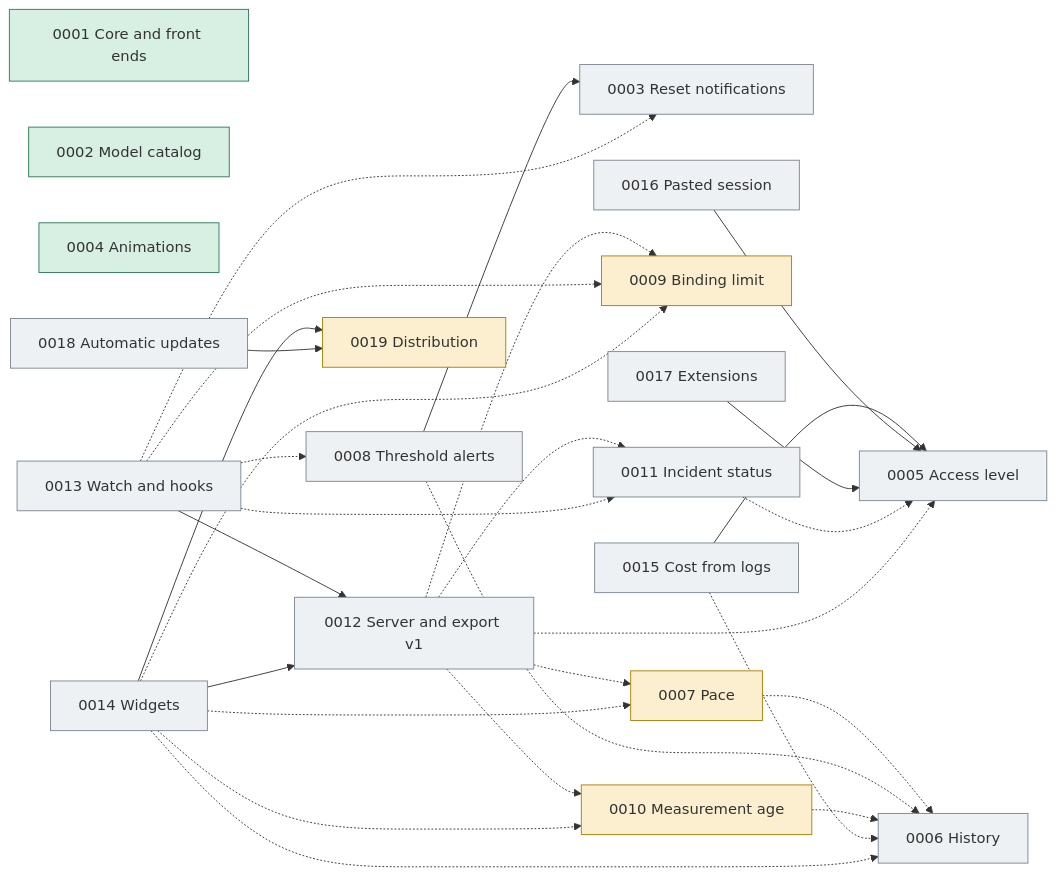
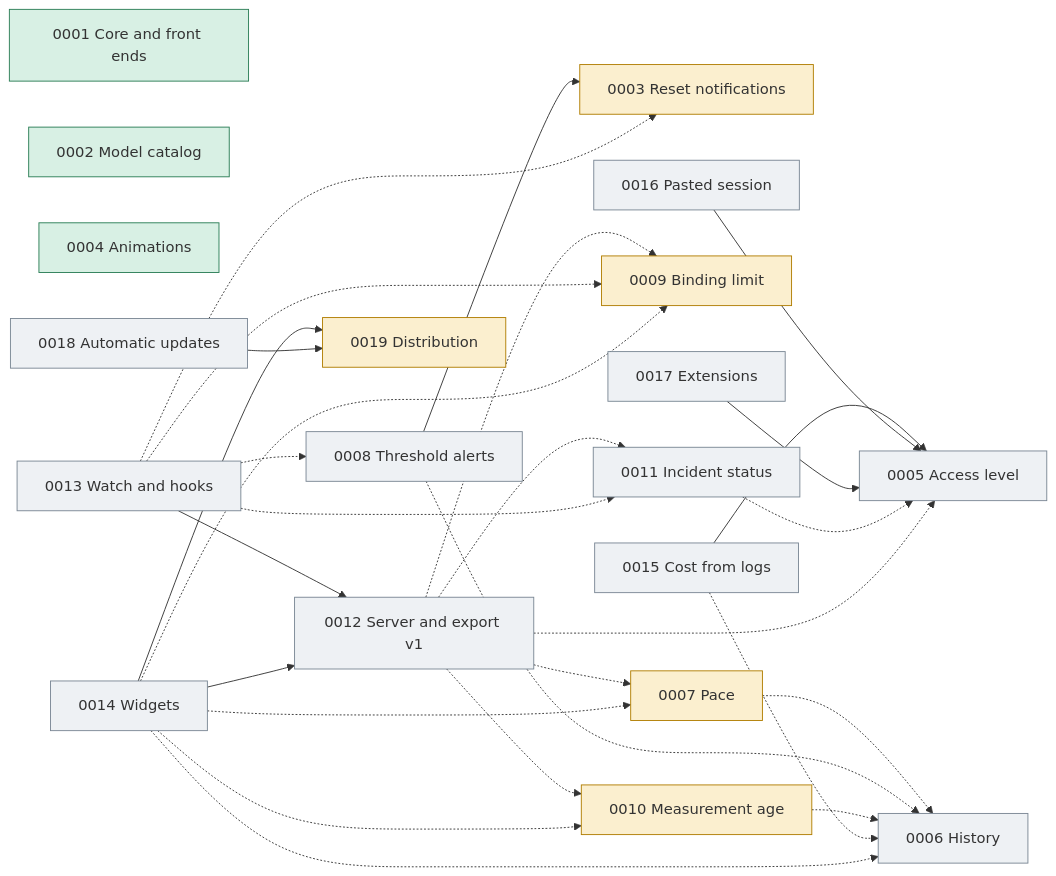
One commit to jmarcon/cuotai changed the diagram in docs/plans/0000_control.md. Above: the diagram before and after it, drawn with Mermaid. The commit also changed other lines of this file and 11 other files, not shown here.

````diff
--- a/docs/plans/0000_control.md
+++ b/docs/plans/0000_control.md
@@ -74,54 +75,54 @@
 ```mermaid
 graph LR
   classDef done fill:#d8f0e4,stroke:#2a7d55
   classDef wip fill:#fbefcf,stroke:#b07d00
   classDef todo fill:#eef1f4,stroke:#7a8794
 
   P1["0001 Core and front ends"]:::done
   P2["0002 Model catalog"]:::done
-  P3["0003 Reset notifications"]:::todo
+  P3["0003 Reset notifications"]:::wip
   P4["0004 Animations"]:::done
   P5["0005 Access level"]:::todo
   P6["0006 History"]:::todo
   P7["0007 Pace"]:::wip
   P8["0008 Threshold alerts"]:::todo
   P9["0009 Binding limit"]:::wip
   P10["0010 Measurement age"]:::wip
   P11["0011 Incident status"]:::todo
   P12["0012 Server and export v1"]:::todo
   P13["0013 Watch and hooks"]:::todo
   P14["0014 Widgets"]:::todo
   P15["0015 Cost from logs"]:::todo
   P16["0016 Pasted session"]:::todo
   P17["0017 Extensions"]:::todo
   P18["0018 Automatic updates"]:::todo
   P19["0019 Distribution"]:::wip
 
   P8 --> P3
   P13 --> P12
   P14 --> P12
   P14 --> P19
   P15 --> P5
   P16 --> P5
   P17 --> P5
   P18 --> P19
 
   P7 -.-> P6
   P8 -.-> P6
   P10 -.-> P6
   P11 -.-> P5
   P15 -.-> P6
   P12 -.-> P5
   P12 -.-> P7
   P12 -.-> P9
   P12 -.-> P10
   P12 -.-> P11
   P13 -.-> P3
   P13 -.-> P8
   P13 -.-> P9
   P13 -.-> P11
   P14 -.-> P6
   P14 -.-> P7
   P14 -.-> P9
   P14 -.-> P10
 ```
````
